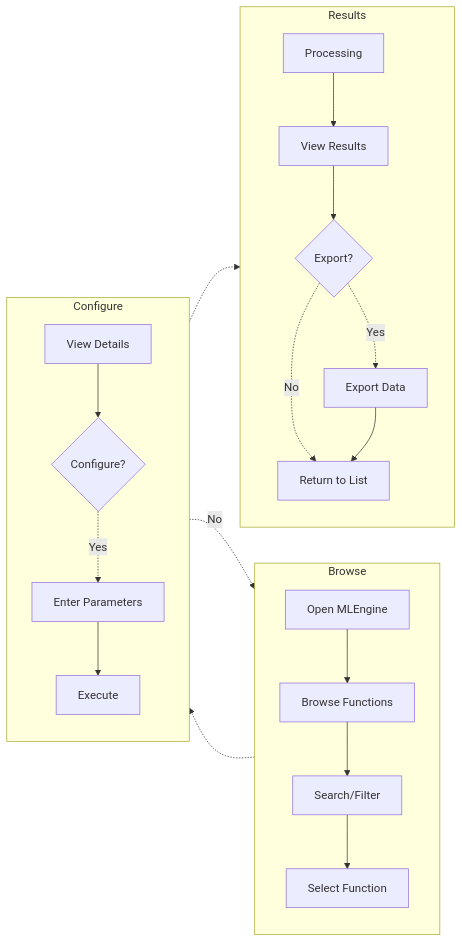
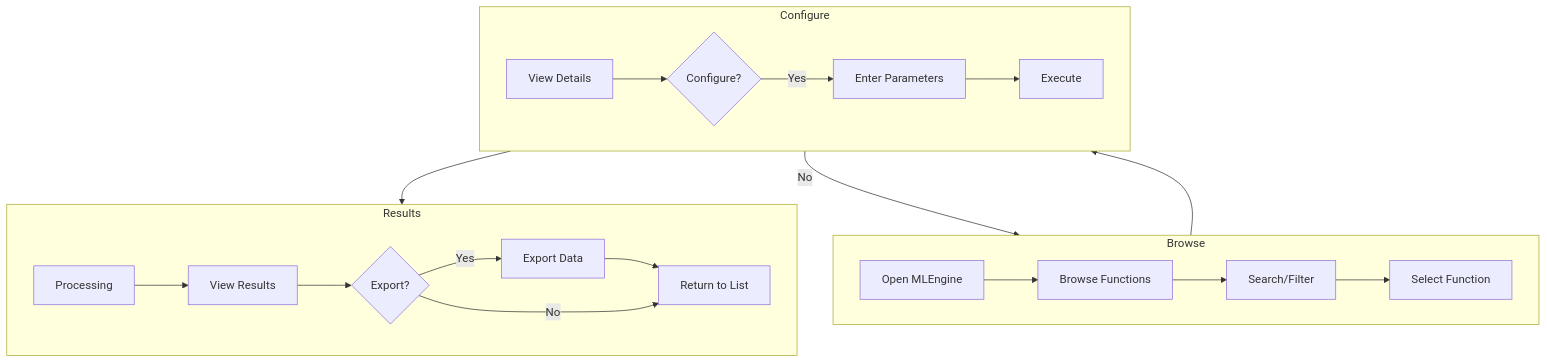
The sixth of 10 diagrams in docs/SEN3781_Assignment4_Information_Architecture_Report.md (RoundRobinHood/cogniflight-cloud), drawn with Mermaid before and after one commit. The commit also changed other lines of this file, not shown here.

Commit message:
improved diagram readability

````diff
--- a/docs/SEN3781_Assignment4_Information_Architecture_Report.md
+++ b/docs/SEN3781_Assignment4_Information_Architecture_Report.md
@@ -329,26 +313,20 @@
 ```mermaid
-flowchart LR
+flowchart TB
     subgraph s1["Browse"]
-        direction TB
-        A[Open MLEngine] --> B[Browse Functions]
-        B --> C[Search/Filter]
-        C --> D[Select Function]
+        direction LR
+        A[Open MLEngine] --> B[Browse Functions] --> C[Search/Filter] --> D[Select Function]
     end
     subgraph s2["Configure"]
-        direction TB
-        E[View Details] --> F{Configure?}
-        F -.->|Yes| G[Enter Parameters]
-        G --> H[Execute]
+        direction LR
+        E[View Details] --> F{Configure?} -->|Yes| G[Enter Parameters] --> H[Execute]
     end
     subgraph s3["Results"]
-        direction TB
-        I[Processing] --> J[View Results]
-        J --> K{Export?}
-        K -.->|Yes| L[Export Data]
-        K -.->|No| M[Return to List]
-        L --> M
+        direction LR
+        I[Processing] --> J[View Results] --> K{Export?}
+        K -->|Yes| L[Export Data] --> M[Return to List]
+        K -->|No| M
     end
-    D -.-> E
-    F -.->|No| C
-    H -.-> I
+    D --> E
+    F -->|No| C
+    H --> I
 ```
````
